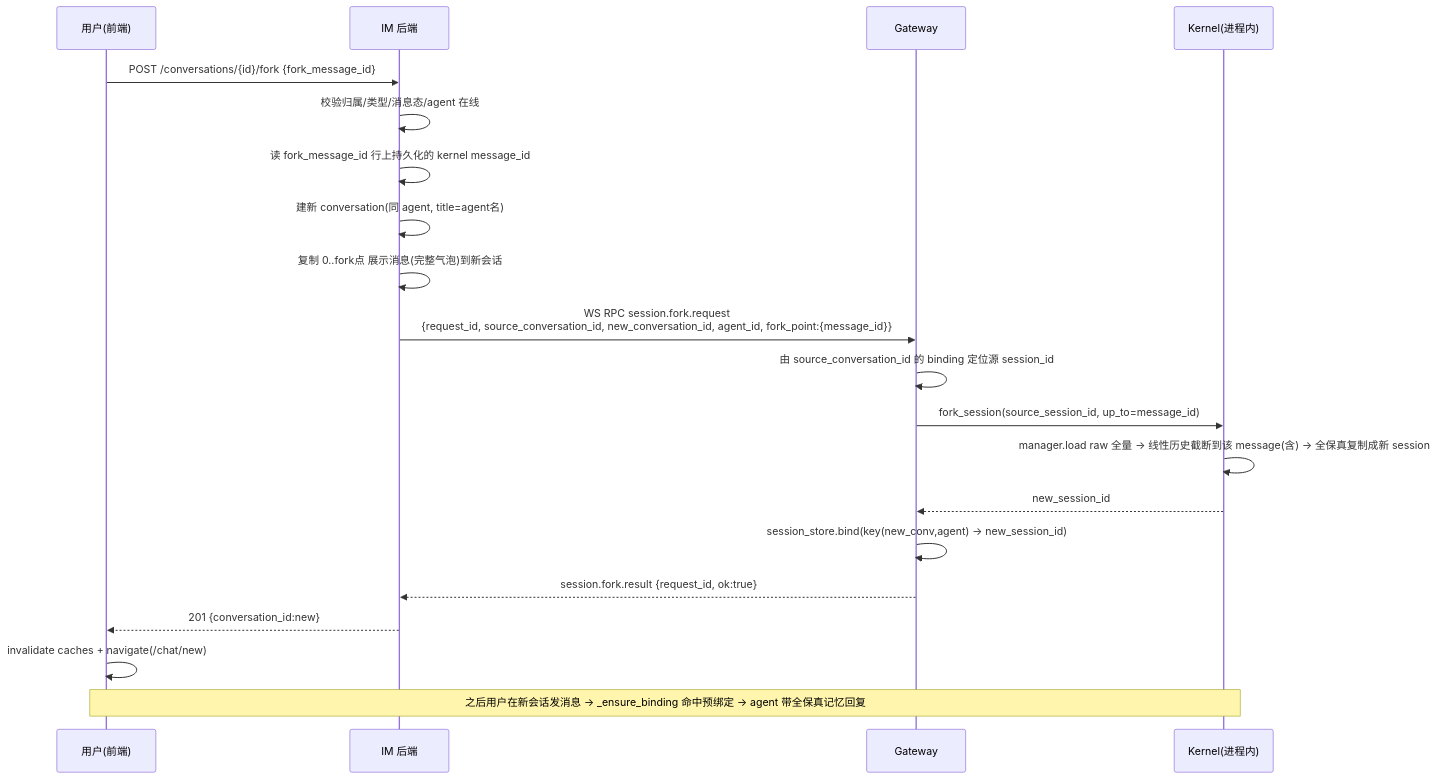
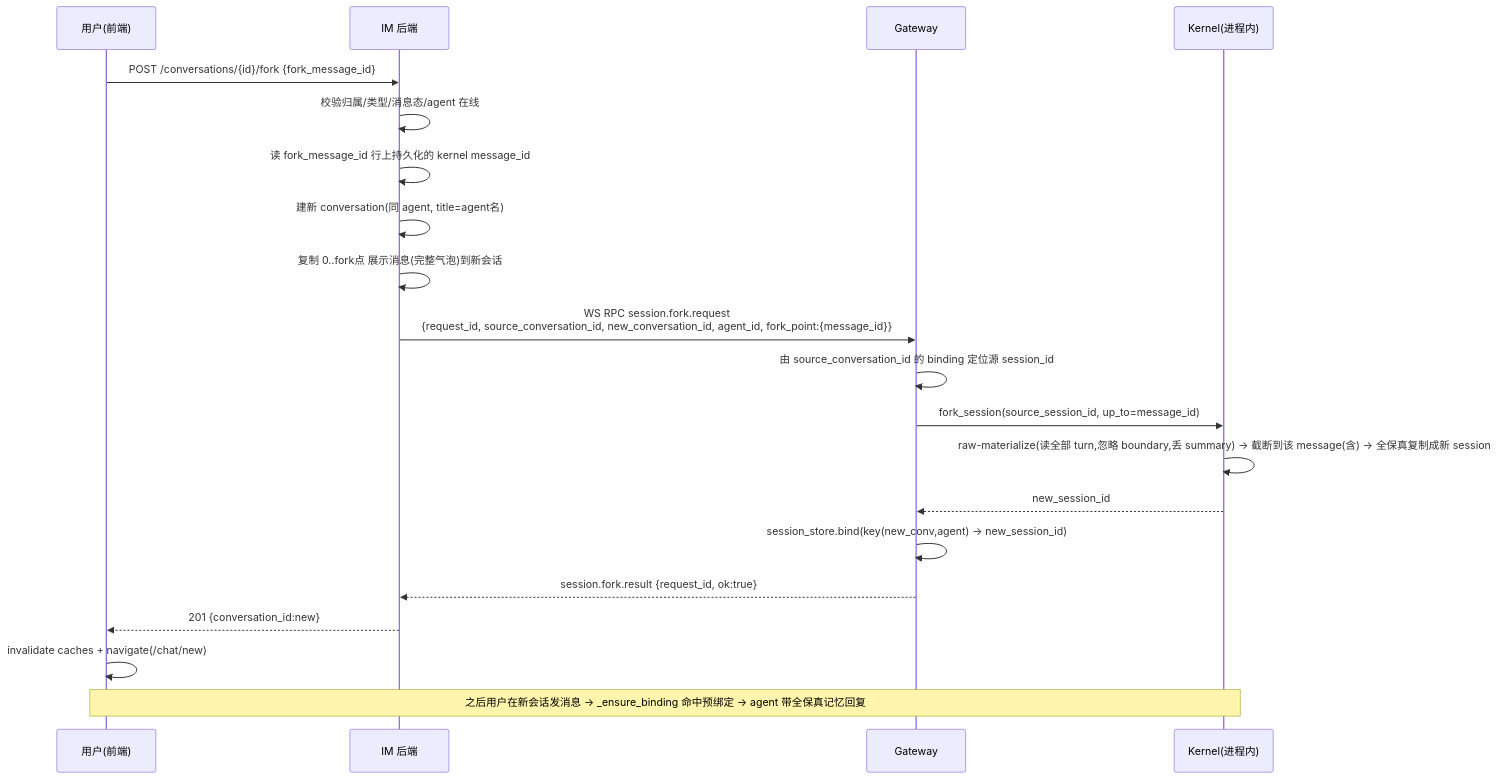
Before and after one commit to Mrchen116/nano-multiagent: the second of 2 diagrams in docs/changes/feat-445-message-fork-branch/design.md, drawn with Mermaid. The commit also changed other lines of this file and 2 other files, not shown here.

````diff
--- a/docs/changes/feat-445-message-fork-branch/design.md
+++ b/docs/changes/feat-445-message-fork-branch/design.md
@@ -171,23 +173,23 @@
 ```mermaid
 sequenceDiagram
   participant U as 用户(前端)
   participant IM as IM 后端
   participant GW as Gateway
   participant K as Kernel(进程内)
 
   U->>IM: POST /conversations/{id}/fork {fork_message_id}
   IM->>IM: 校验归属/类型/消息态/agent 在线
   IM->>IM: 读 fork_message_id 行上持久化的 kernel message_id
   IM->>IM: 建新 conversation(同 agent, title=agent名)
   IM->>IM: 复制 0..fork点 展示消息(完整气泡)到新会话
   IM->>GW: WS RPC session.fork.request<br/>{request_id, source_conversation_id, new_conversation_id, agent_id, fork_point:{message_id}}
   GW->>GW: 由 source_conversation_id 的 binding 定位源 session_id
   GW->>K: fork_session(source_session_id, up_to=message_id)
-  K->>K: manager.load raw 全量 → 线性历史截断到该 message(含) → 全保真复制成新 session
+  K->>K: raw-materialize(读全部 turn,忽略 boundary,丢 summary) → 截断到该 message(含) → 全保真复制成新 session
   K-->>GW: new_session_id
   GW->>GW: session_store.bind(key(new_conv,agent) → new_session_id)
   GW-->>IM: session.fork.result {request_id, ok:true}
   IM-->>U: 201 {conversation_id:new}
   U->>U: invalidate caches + navigate(/chat/new)
   Note over U,K: 之后用户在新会话发消息 → _ensure_binding 命中预绑定 → agent 带全保真记忆回复
 ```
````
